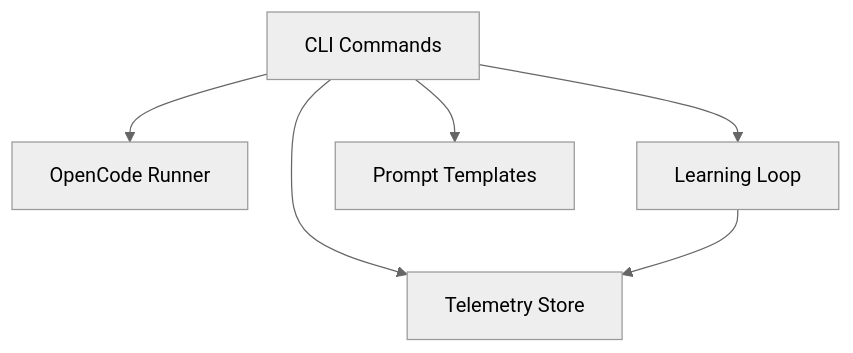
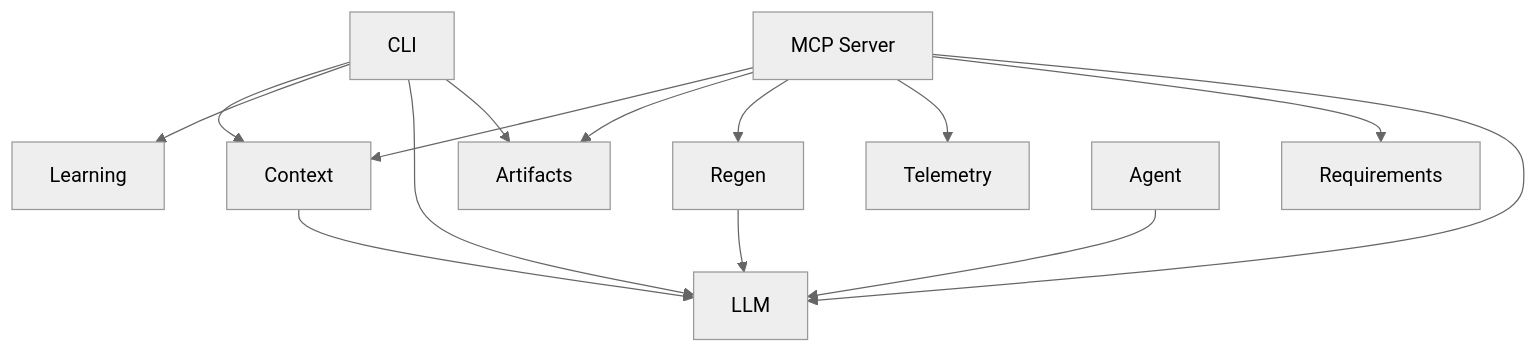
Before and after one commit to opn-arch/opencode-arch: the diagram in docs/architecture/system_design.md, drawn with Mermaid (neutral theme). The commit also changed other lines of this file and 78 other files, not shown here.

````diff
--- a/docs/architecture/system_design.md
+++ b/docs/architecture/system_design.md
@@ -42,8 +50,16 @@
 ```mermaid
 graph TD
-  COMP-CLI[CLI Commands] --> COMP-RUNNER[OpenCode Runner]
-  COMP-CLI[CLI Commands] --> COMP-TELEMETRY[Telemetry Store]
-  COMP-CLI[CLI Commands] --> COMP-LEARNING[Learning Loop]
-  COMP-CLI[CLI Commands] --> COMP-PROMPTS[Prompt Templates]
-  COMP-LEARNING[Learning Loop] --> COMP-TELEMETRY[Telemetry Store]
+  COMP-MCP[MCP Server] --> COMP-CONTEXT[Context]
+  COMP-MCP[MCP Server] --> COMP-ARTIFACTS[Artifacts]
+  COMP-MCP[MCP Server] --> COMP-REGEN[Regen]
+  COMP-MCP[MCP Server] --> COMP-TELEMETRY[Telemetry]
+  COMP-MCP[MCP Server] --> COMP-REQUIREMENTS[Requirements]
+  COMP-CLI[CLI] --> COMP-CONTEXT[Context]
+  COMP-CLI[CLI] --> COMP-LEARNING[Learning]
+  COMP-CLI[CLI] --> COMP-LLM[LLM]
+  COMP-CLI[CLI] --> COMP-ARTIFACTS[Artifacts]
+  COMP-CONTEXT[Context] --> COMP-LLM[LLM]
+  COMP-REGEN[Regen] --> COMP-LLM[LLM]
+  COMP-AGENT[Agent] --> COMP-LLM[LLM]
+  COMP-MCP[MCP Server] --> COMP-LLM[LLM]
 ```
````
